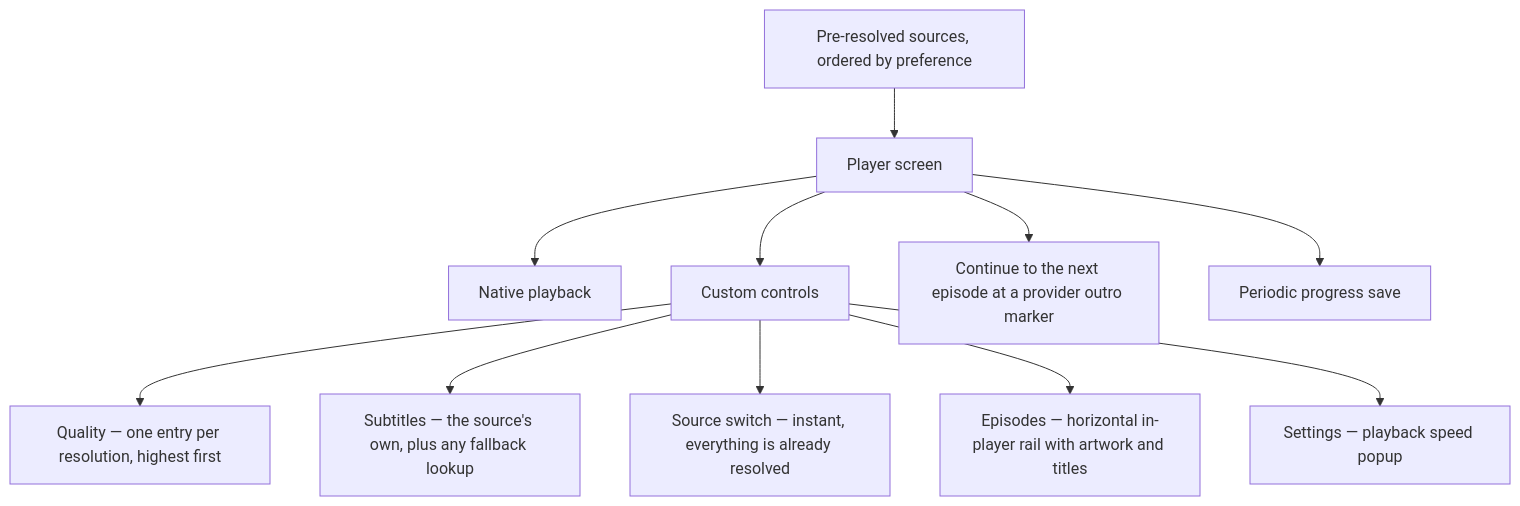
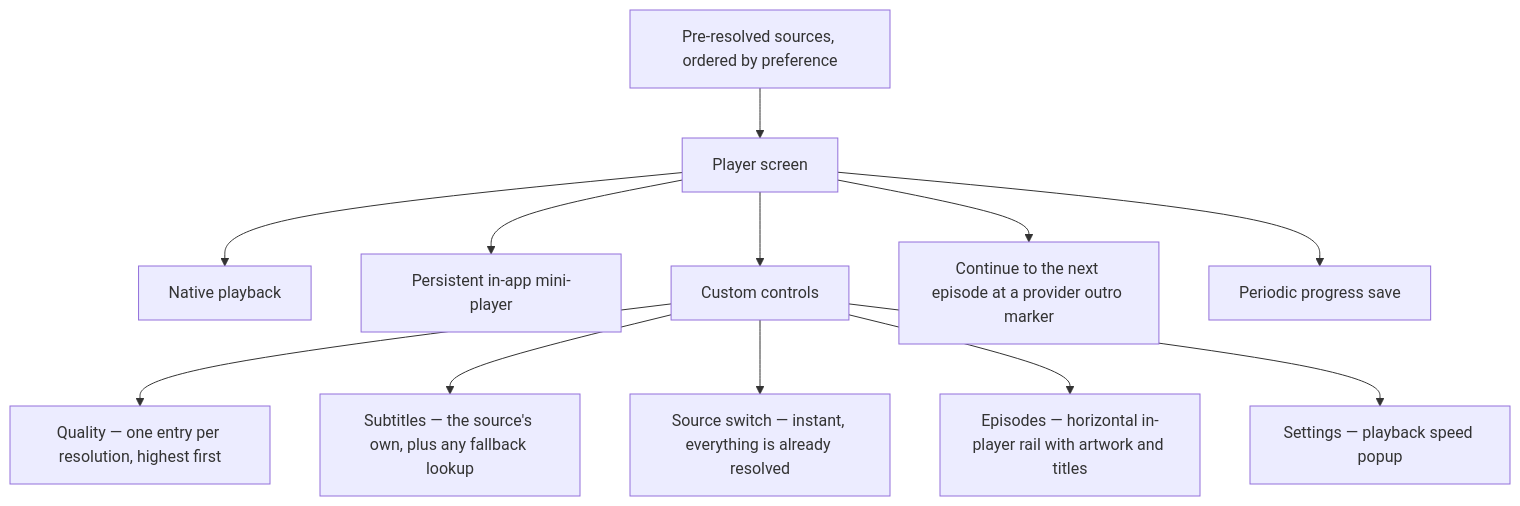
One commit to nimbusfvck/fvcksubs changed the sixth of 6 diagrams in docs/06-app-layer.md. Above: the diagram before and after it, drawn with Mermaid. The commit also changed other lines of this file and 12 other files, not shown here.

Commit message:
feat(player): add reusable mini-player drag

````diff
--- a/docs/06-app-layer.md
+++ b/docs/06-app-layer.md
@@ -242,13 +242,14 @@
 ```mermaid
 flowchart TB
     PRE["Pre-resolved sources, ordered by preference"] --> PP["Player screen"]
     PP --> NAT["Native playback"]
+    PP --> MINI["Persistent in-app mini-player"]
     PP --> CTL["Custom controls"]
     CTL --> Q["Quality — one entry per resolution, highest first"]
     CTL --> SUB["Subtitles — the source's own, plus any fallback lookup"]
     CTL --> SRC["Source switch — instant, everything is already resolved"]
     CTL --> EP["Episodes — horizontal in-player rail with artwork and titles"]
     CTL --> SET["Settings — playback speed popup"]
     PP --> NEXT["Continue to the next episode at a provider outro marker"]
     PP --> SAVE["Periodic progress save"]
 ```
````
